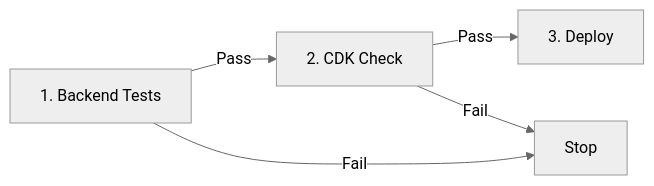
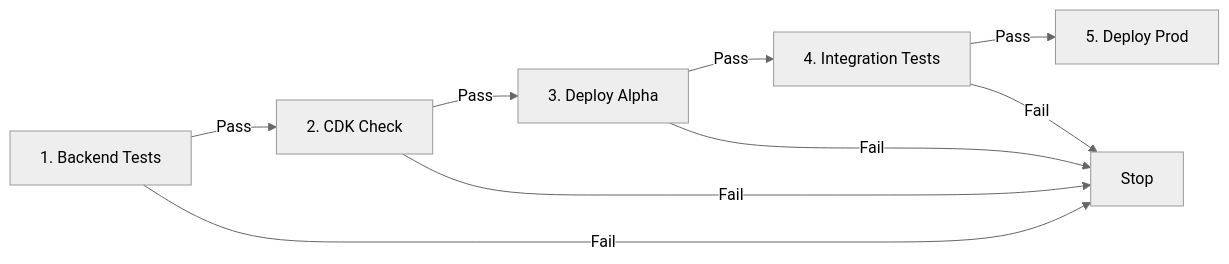
Before and after one commit to Aadil221/EPAFinalProject: the third of 4 diagrams in docs/PIPELINE.md, drawn with Mermaid (neutral theme). The commit also changed other lines of this file and 1 other file, not shown here.

Commit message:
fix: update pipeline docs to reflect Alpha + Prod deployment stages

````diff
--- a/docs/PIPELINE.md
+++ b/docs/PIPELINE.md
@@ -46,7 +49,11 @@
 ```mermaid
 graph LR
     A[1. Backend Tests] -->|Pass| B[2. CDK Check]
-    B -->|Pass| C[3. Deploy]
+    B -->|Pass| C[3. Deploy Alpha]
+    C -->|Pass| D[4. Integration Tests]
+    D -->|Pass| E[5. Deploy Prod]
     A -->|Fail| X[Stop]
     B -->|Fail| X
+    C -->|Fail| X
+    D -->|Fail| X
 ```
````
